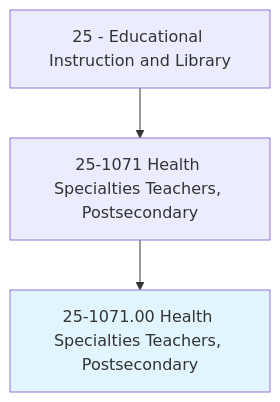
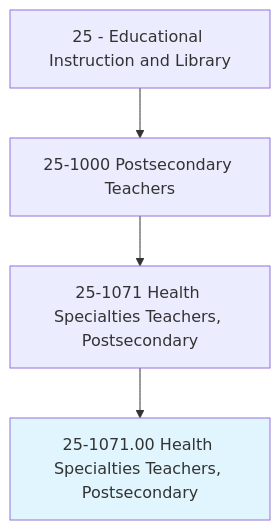
The first of 4 diagrams in occupations/Education/HealthSpecialtiesTeachersPostsecondary.mdx (kziemski/business.org.ai), drawn with Mermaid before and after one commit. The commit also changed other lines of this file and 938 other files, not shown here.

````diff
--- a/occupations/Education/HealthSpecialtiesTeachersPostsecondary.mdx
+++ b/occupations/Education/HealthSpecialtiesTeachersPostsecondary.mdx
@@ -19,6 +23,7 @@
 ```mermaid
 graph TD
-    Cat25["25 - Educational Instruction and Library"] --> Group251071["25-1071 Health Specialties Teachers, Postsecondary"]
+    Cat25["25 - Educational Instruction and Library"] --> Group251["25-1000 Postsecondary Teachers"]
+    Group251 --> Group251071["25-1071 Health Specialties Teachers, Postsecondary"]
     Group251071 --> Current["25-1071.00 Health Specialties Teachers, Postsecondary"]
     style Current fill:#e1f5fe
 ```
````
